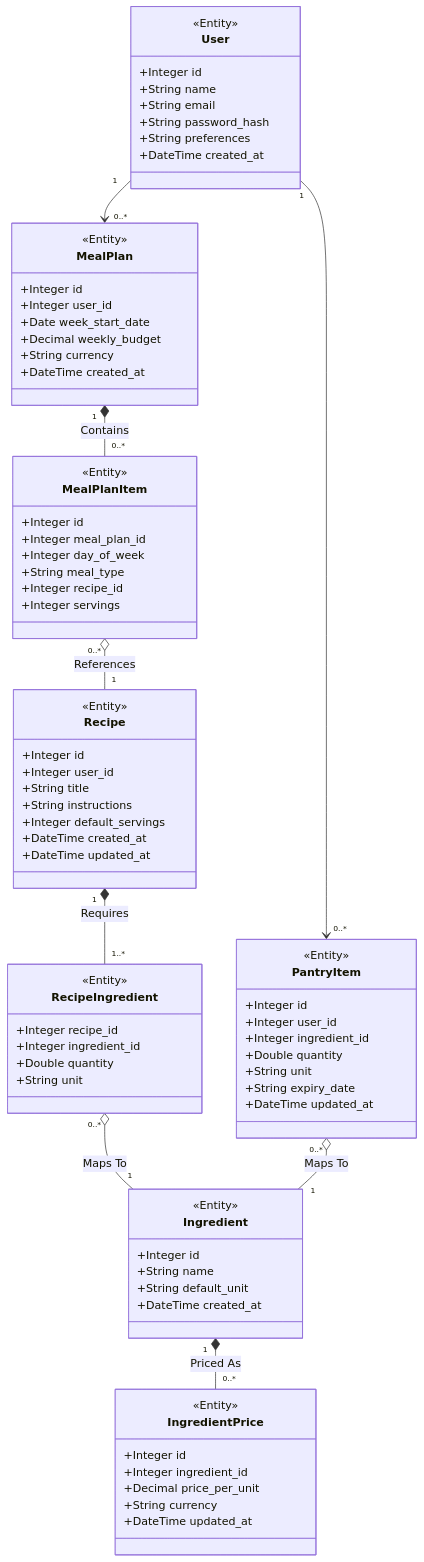
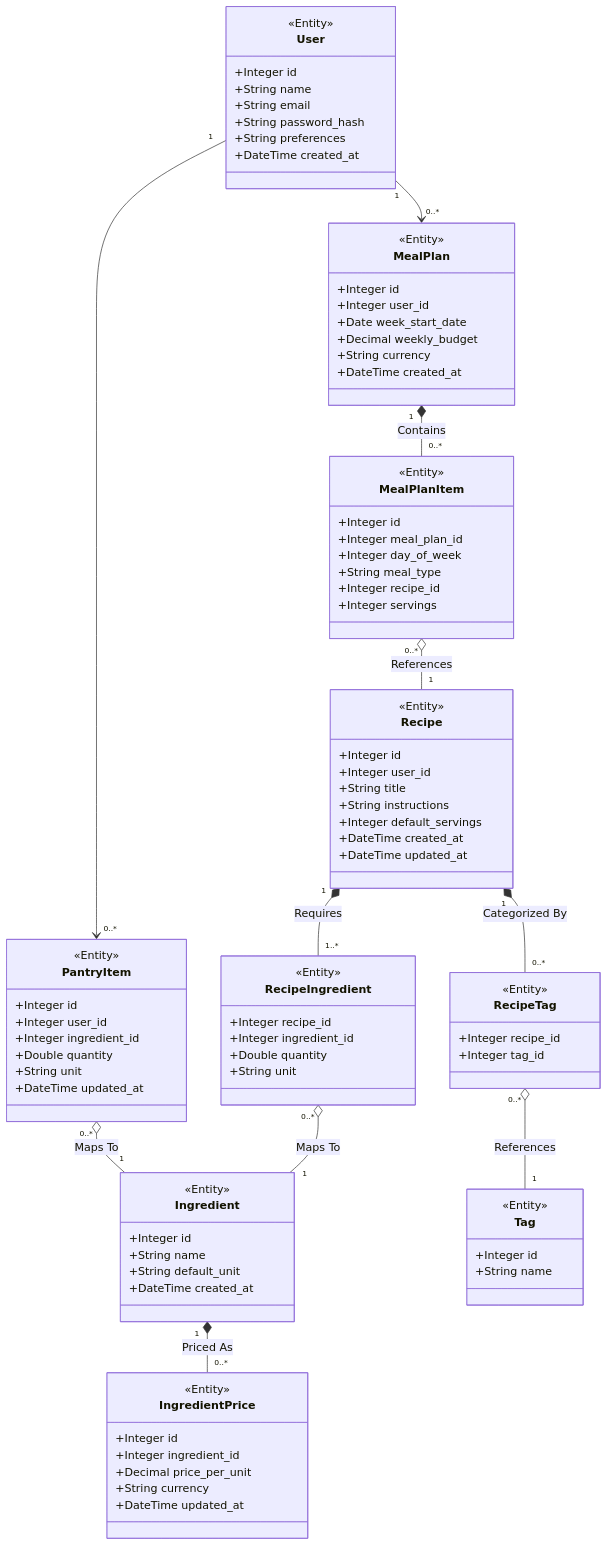
The fourth of 4 diagrams in docs/UML_DIAGRAMS.md (Amourous/MealMate), drawn with Mermaid before and after one commit. The commit also changed other lines of this file and 1 other file, not shown here.

Commit message:
Align database schema and Class Diagram

````diff
--- a/docs/UML_DIAGRAMS.md
+++ b/docs/UML_DIAGRAMS.md
@@ -267,8 +267,19 @@
         +Integer ingredient_id
         +Double quantity
         +String unit
-        +String expiry_date
         +DateTime updated_at
+    }
+
+    class Tag {
+        <<Entity>>
+        +Integer id
+        +String name
+    }
+
+    class RecipeTag {
+        <<Entity>>
+        +Integer recipe_id
+        +Integer tag_id
     }
 
     User "1" --> "0..*" MealPlan
@@ -276,7 +287,9 @@
     MealPlan "1" *-- "0..*" MealPlanItem : Contains
     MealPlanItem "0..*" o-- "1" Recipe : References
     Recipe "1" *-- "1..*" RecipeIngredient : Requires
+    Recipe "1" *-- "0..*" RecipeTag : Categorized By
     RecipeIngredient "0..*" o-- "1" Ingredient : Maps To
+    RecipeTag "0..*" o-- "1" Tag : References
     PantryItem "0..*" o-- "1" Ingredient : Maps To
     Ingredient "1" *-- "0..*" IngredientPrice : Priced As
 ```
````
